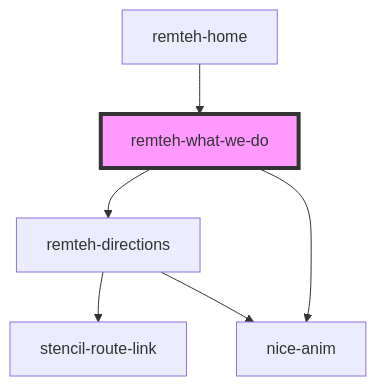
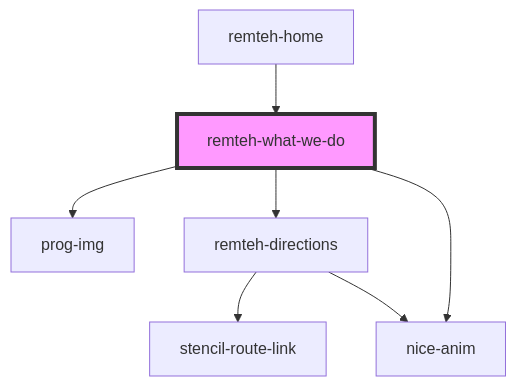
Before and after one commit to p1nta/remtehnaladka: the diagram in src/components/remteh-what-we-do/readme.md, drawn with Mermaid. The commit also changed other lines of this file and 24 other files, not shown here.

````diff
--- a/src/components/remteh-what-we-do/readme.md
+++ b/src/components/remteh-what-we-do/readme.md
@@ -20,9 +21,10 @@
 ```mermaid
 graph TD;
+  remteh-what-we-do --> prog-img
   remteh-what-we-do --> remteh-directions
   remteh-what-we-do --> nice-anim
   remteh-directions --> stencil-route-link
   remteh-directions --> nice-anim
   remteh-home --> remteh-what-we-do
   style remteh-what-we-do fill:#f9f,stroke:#333,stroke-width:4px
 ```
````
